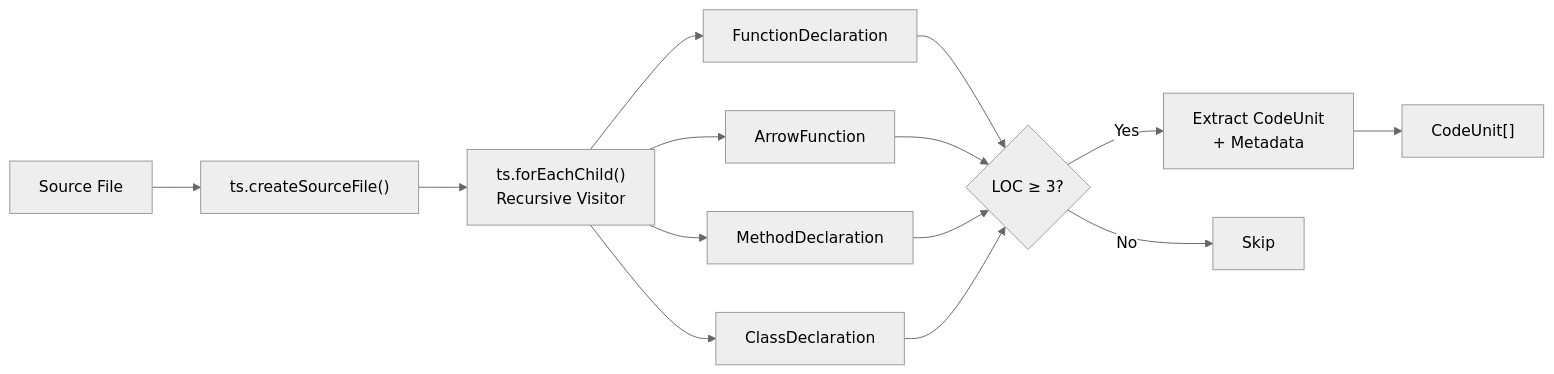
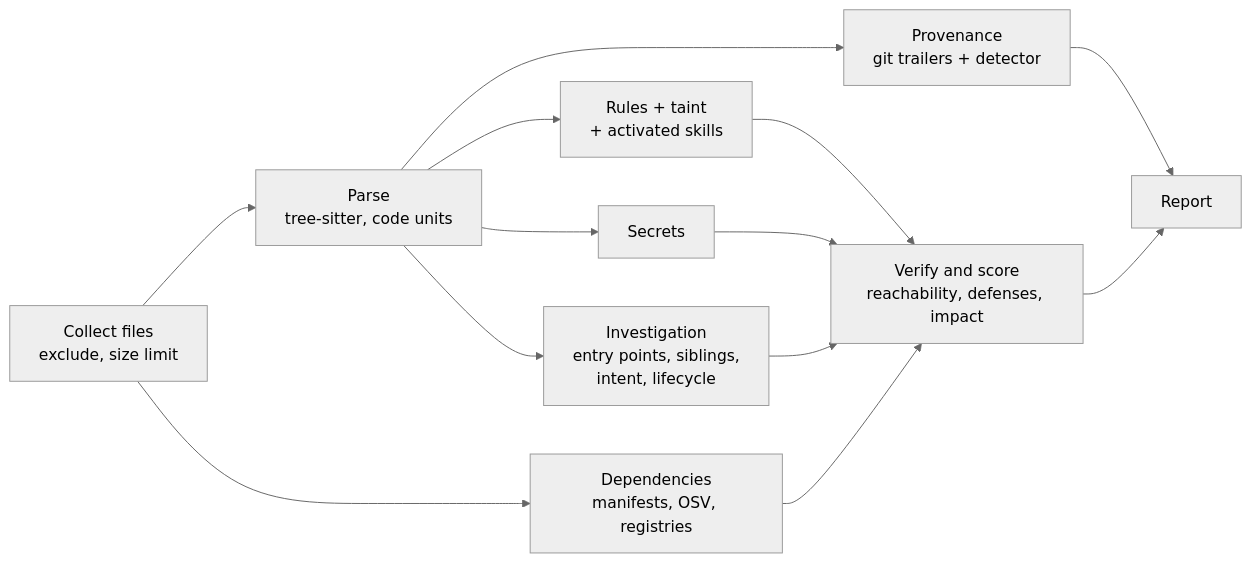
The second of 4 diagrams in docs/SYSTEM_DESIGN.md (arsh342/athena), drawn with Mermaid (neutral theme) before and after one commit. The commit also changed other lines of this file and 3 other files, not shown here.

Commit message:
docs: update CLI README, system design, tech stack and UML diagrams to the current architecture

````diff
--- a/docs/SYSTEM_DESIGN.md
+++ b/docs/SYSTEM_DESIGN.md
@@ -223,19 +59,15 @@
 ```mermaid
 flowchart LR
-    SRC["Source File"] --> PARSE["ts.createSourceFile()"]
-    PARSE --> VISIT["ts.forEachChild()<br/>Recursive Visitor"]
-    VISIT --> FN["FunctionDeclaration"]
-    VISIT --> ARROW["ArrowFunction"]
-    VISIT --> METHOD["MethodDeclaration"]
-    VISIT --> CLASS["ClassDeclaration"]
-    
-    FN --> FILTER{"LOC ≥ 3?"}
-    ARROW --> FILTER
-    METHOD --> FILTER
-    CLASS --> FILTER
-    
-    FILTER -->|Yes| EXTRACT["Extract CodeUnit<br/>+ Metadata"]
-    FILTER -->|No| SKIP["Skip"]
-    
-    EXTRACT --> UNITS["CodeUnit[]"]
+  A["Collect files<br/>exclude, size limit"] --> B["Parse<br/>tree-sitter, code units"]
+  B --> C["Provenance<br/>git trailers + detector"]
+  B --> D["Rules + taint<br/>+ activated skills"]
+  B --> E["Secrets"]
+  A --> F["Dependencies<br/>manifests, OSV, registries"]
+  B --> G["Investigation<br/>entry points, siblings,<br/>intent, lifecycle"]
+  D --> H["Verify and score<br/>reachability, defenses, impact"]
+  E --> H
+  F --> H
+  G --> H
+  C --> I["Report"]
+  H --> I
 ```
````
